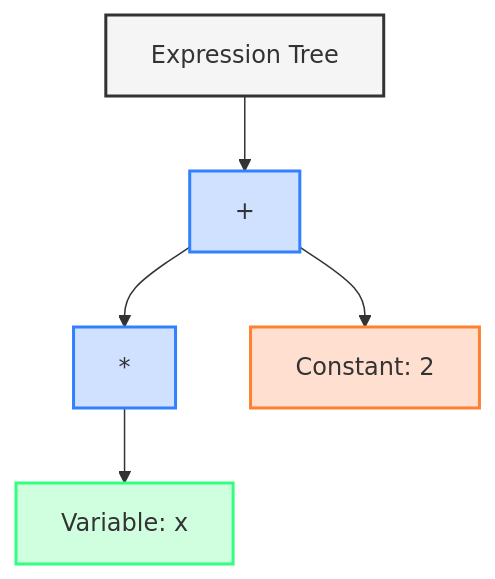
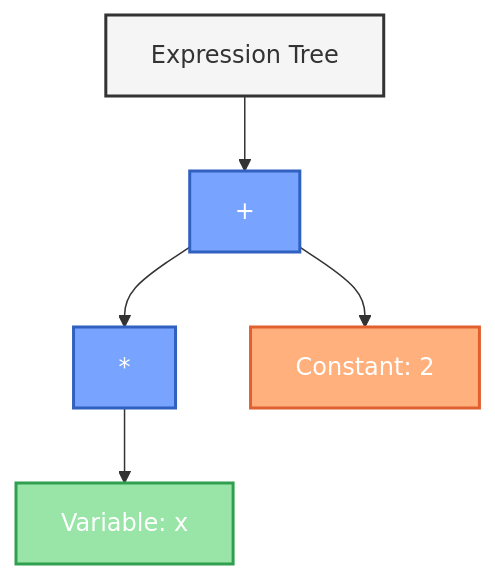
The second of 5 diagrams in README.md (rdguerrerom/AutoDiff), drawn with Mermaid before and after one commit. The commit also changed other lines of this file and 8 other files, not shown here.

````diff
--- a/README.md
+++ b/README.md
@@ -102,13 +107,17 @@
 ```mermaid
 graph TD
-    A[Expression Tree] --> B["+"]
+    A["Expression Tree"] --> B["+"]
     B --> C["*"]
     B --> D["Constant: 2"]
     C --> E["Variable: x"]
     
-    style A fill:#f5f5f5,stroke:#333,stroke-width:2px
-    style B fill:#d0e0ff,stroke:#3080ff,stroke-width:2px
-    style C fill:#d0e0ff,stroke:#3080ff,stroke-width:2px
-    style D fill:#ffe0d0,stroke:#ff8030,stroke-width:2px
-    style E fill:#d0ffe0,stroke:#30ff80,stroke-width:2px
+    classDef root fill:#f5f5f5,stroke:#333,stroke-width:2px,color:#333
+    classDef operation fill:#78a3ff,stroke:#3060c0,stroke-width:2px,color:#fff
+    classDef constant fill:#ffb07c,stroke:#e06030,stroke-width:2px,color:#fff
+    classDef variable fill:#98e5a7,stroke:#30a050,stroke-width:2px,color:#fff
+    
+    class A root
+    class B,C operation
+    class D constant
+    class E variable
 ```
````
